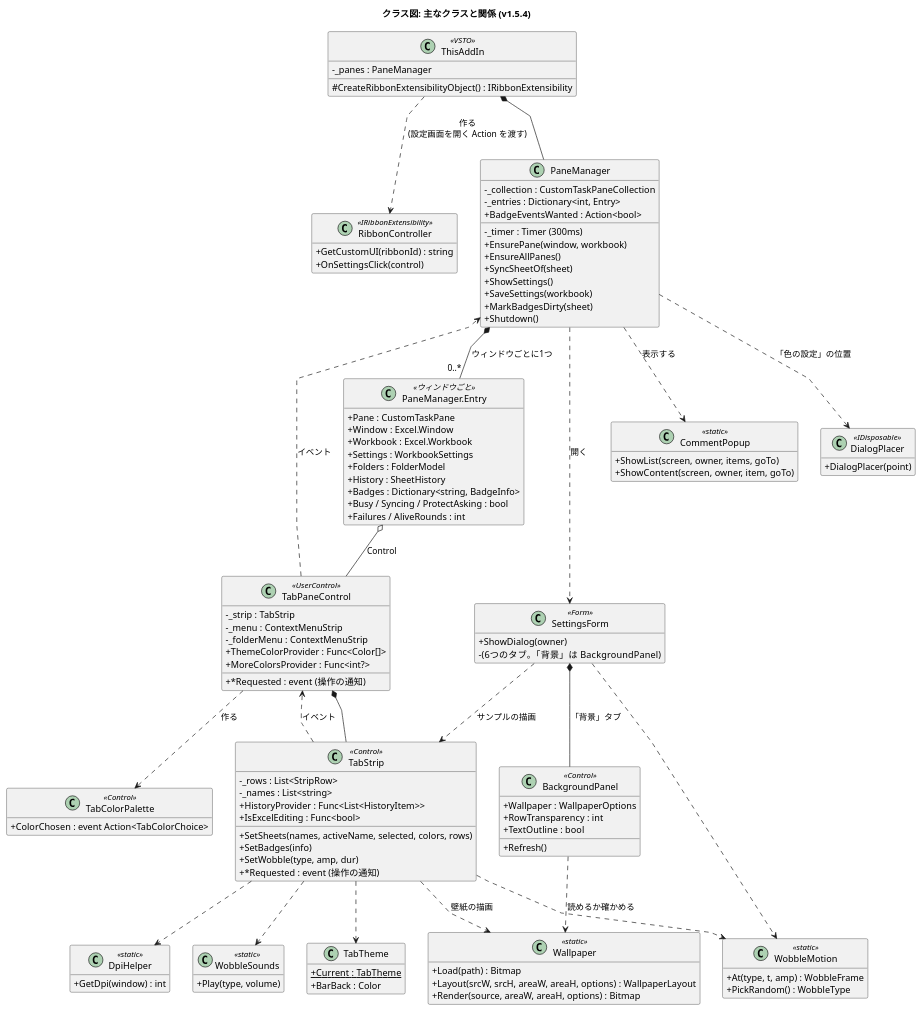
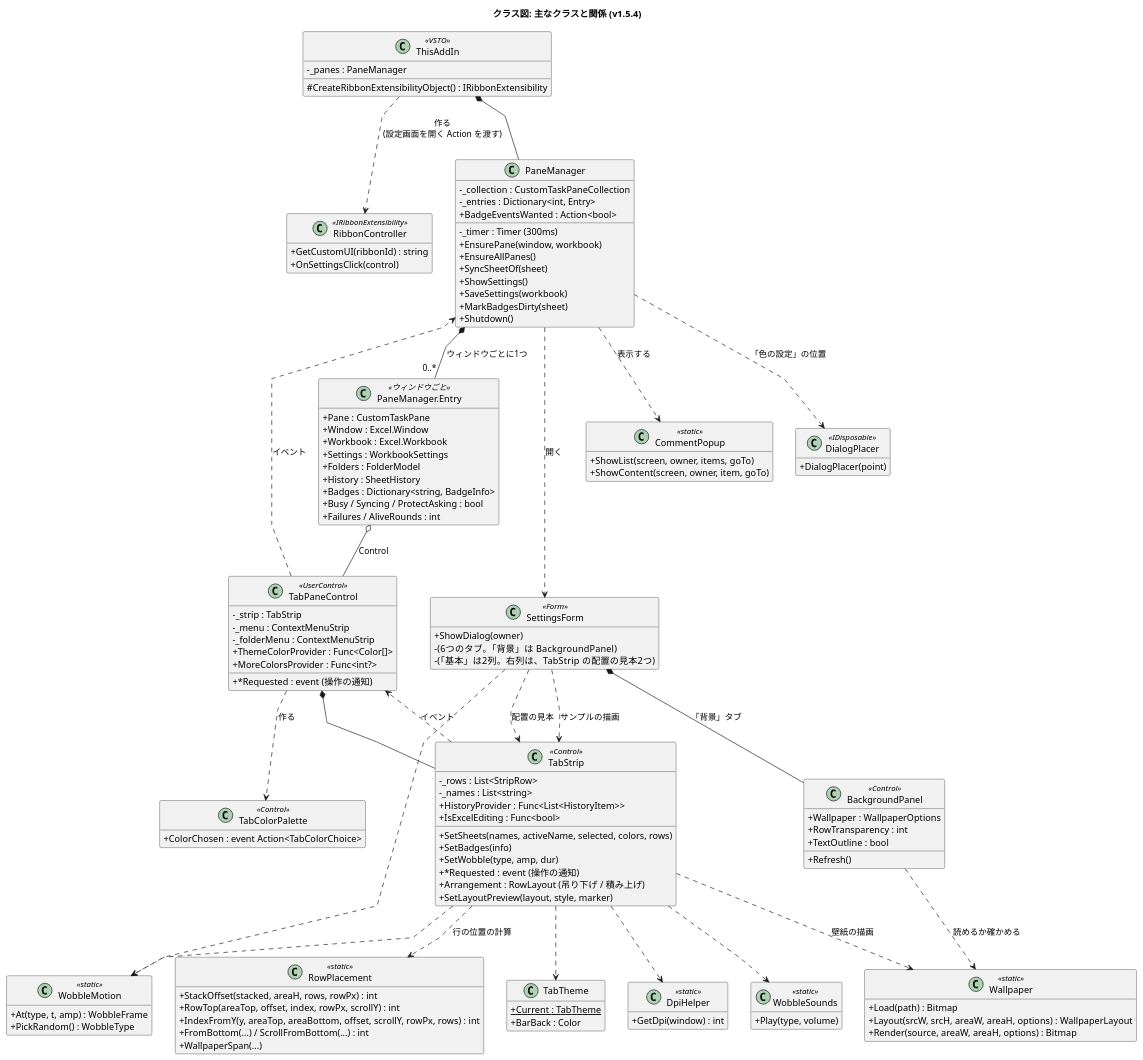
The diagram in docs/class-structure.puml (nk-taka623/VerticalSheetTabs), drawn with PlantUML before and after one commit. The commit also changed 13 other files, not shown here.

Commit message:
積み上げ方式: 仕様書、README、図、設定画面の画像を更新する

```diff
--- a/docs/class-structure.puml
+++ b/docs/class-structure.puml
@@ -1,133 +1,146 @@
 @startuml
 title クラス図: 主なクラスと関係 (v1.5.4)
 skinparam shadowing false
 skinparam classAttributeIconSize 0
 skinparam linetype polyline
 hide empty members
 
 class ThisAddIn <<VSTO>> {
   -_panes : PaneManager
   #CreateRibbonExtensibilityObject() : IRibbonExtensibility
 }
 
 class RibbonController <<IRibbonExtensibility>> {
   +GetCustomUI(ribbonId) : string
   +OnSettingsClick(control)
 }
 
 class PaneManager {
   -_collection : CustomTaskPaneCollection
   -_entries : Dictionary<int, Entry>
   -_timer : Timer (300ms)
   +BadgeEventsWanted : Action<bool>
   +EnsurePane(window, workbook)
   +EnsureAllPanes()
   +SyncSheetOf(sheet)
   +ShowSettings()
   +SaveSettings(workbook)
   +MarkBadgesDirty(sheet)
   +Shutdown()
 }
 
 class "PaneManager.Entry" as Entry <<ウィンドウごと>> {
   +Pane : CustomTaskPane
   +Window : Excel.Window
   +Workbook : Excel.Workbook
   +Settings : WorkbookSettings
   +Folders : FolderModel
   +History : SheetHistory
   +Badges : Dictionary<string, BadgeInfo>
   +Busy / Syncing / ProtectAsking : bool
   +Failures / AliveRounds : int
 }
 
 class TabPaneControl <<UserControl>> {
   -_strip : TabStrip
   -_menu : ContextMenuStrip
   -_folderMenu : ContextMenuStrip
   +ThemeColorProvider : Func<Color[]>
   +MoreColorsProvider : Func<int?>
   +*Requested : event (操作の通知)
 }
 
 class TabStrip <<Control>> {
   -_rows : List<StripRow>
   -_names : List<string>
   +SetSheets(names, activeName, selected, colors, rows)
   +SetBadges(info)
   +SetWobble(type, amp, dur)
   +*Requested : event (操作の通知)
   +HistoryProvider : Func<List<HistoryItem>>
   +IsExcelEditing : Func<bool>
+  +Arrangement : RowLayout (吊り下げ / 積み上げ)
+  +SetLayoutPreview(layout, style, marker)
+}
+
+class RowPlacement <<static>> {
+  +StackOffset(stacked, areaH, rows, rowPx) : int
+  +RowTop(areaTop, offset, index, rowPx, scrollY) : int
+  +IndexFromY(y, areaTop, areaBottom, offset, scrollY, rowPx, rows) : int
+  +FromBottom(...) / ScrollFromBottom(...) : int
+  +WallpaperSpan(...)
 }
 
 class TabColorPalette <<Control>> {
   +ColorChosen : event Action<TabColorChoice>
 }
 
 class SettingsForm <<Form>> {
   +ShowDialog(owner)
   -(6つのタブ。「背景」は BackgroundPanel)
+  -(「基本」は2列。右列は、TabStrip の配置の見本2つ)
 }
 
 class BackgroundPanel <<Control>> {
   +Wallpaper : WallpaperOptions
   +RowTransparency : int
   +TextOutline : bool
   +Refresh()
 }
 
 class Wallpaper <<static>> {
   +Load(path) : Bitmap
   +Layout(srcW, srcH, areaW, areaH, options) : WallpaperLayout
   +Render(source, areaW, areaH, options) : Bitmap
 }
 
 class CommentPopup <<static>> {
   +ShowList(screen, owner, items, goTo)
   +ShowContent(screen, owner, item, goTo)
 }
 
 class DialogPlacer <<IDisposable>> {
   +DialogPlacer(point)
 }
 
 class TabTheme {
   +Current : TabTheme {static}
   +BarBack : Color
 }
 
 class DpiHelper <<static>> {
   +GetDpi(window) : int
 }
 
 class WobbleMotion <<static>> {
   +At(type, t, amp) : WobbleFrame
   +PickRandom() : WobbleType
 }
 
 class WobbleSounds <<static>> {
   +Play(type, volume)
 }
 
 ThisAddIn *-- PaneManager
 ThisAddIn ..> RibbonController : 作る\n(設定画面を開く Action を渡す)
 PaneManager *-- "0..*" Entry : ウィンドウごとに1つ
 Entry o-- TabPaneControl : Control
 TabPaneControl *-- TabStrip
 TabPaneControl ..> TabColorPalette : 作る
 TabStrip ..> TabPaneControl : イベント
 TabPaneControl ..> PaneManager : イベント
 PaneManager ..> SettingsForm : 開く
 PaneManager ..> CommentPopup : 表示する
 PaneManager ..> DialogPlacer : 「色の設定」の位置
 SettingsForm ..> TabStrip : サンプルの描画
 TabStrip ..> TabTheme
 TabStrip ..> DpiHelper
 TabStrip ..> WobbleMotion
 TabStrip ..> WobbleSounds
 SettingsForm ..> WobbleMotion
 SettingsForm *-- BackgroundPanel : 「背景」タブ
 BackgroundPanel ..> Wallpaper : 読めるか確かめる
 TabStrip ..> Wallpaper : 壁紙の描画
+TabStrip ..> RowPlacement : 行の位置の計算
+SettingsForm ..> TabStrip : 配置の見本
 @enduml
```
